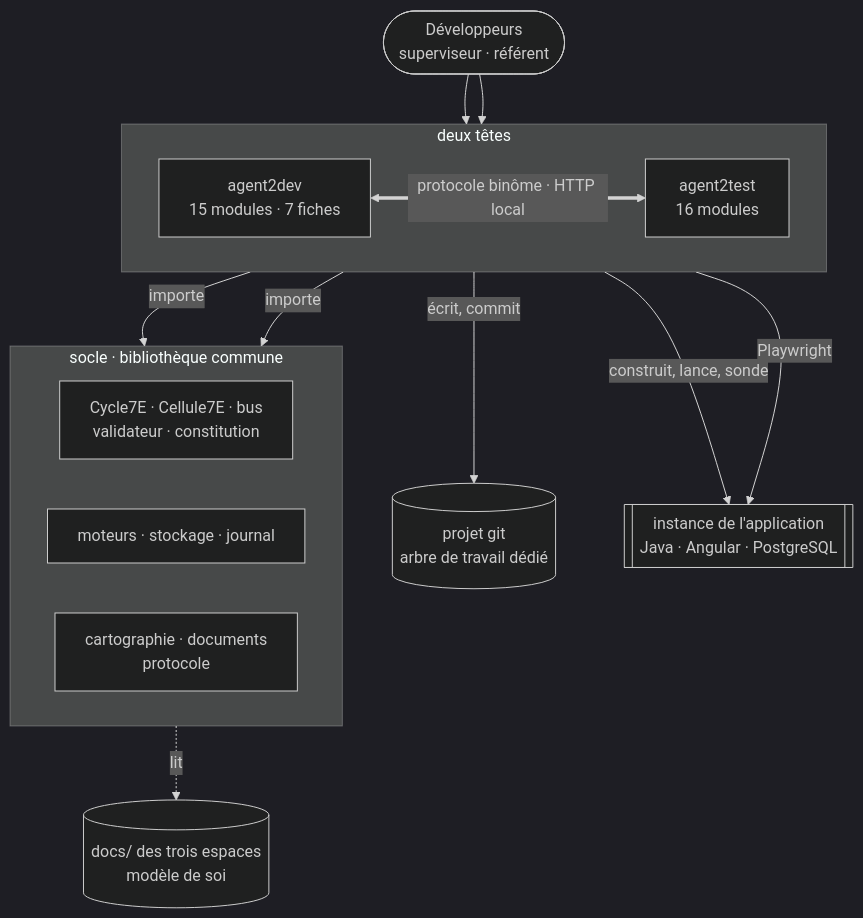
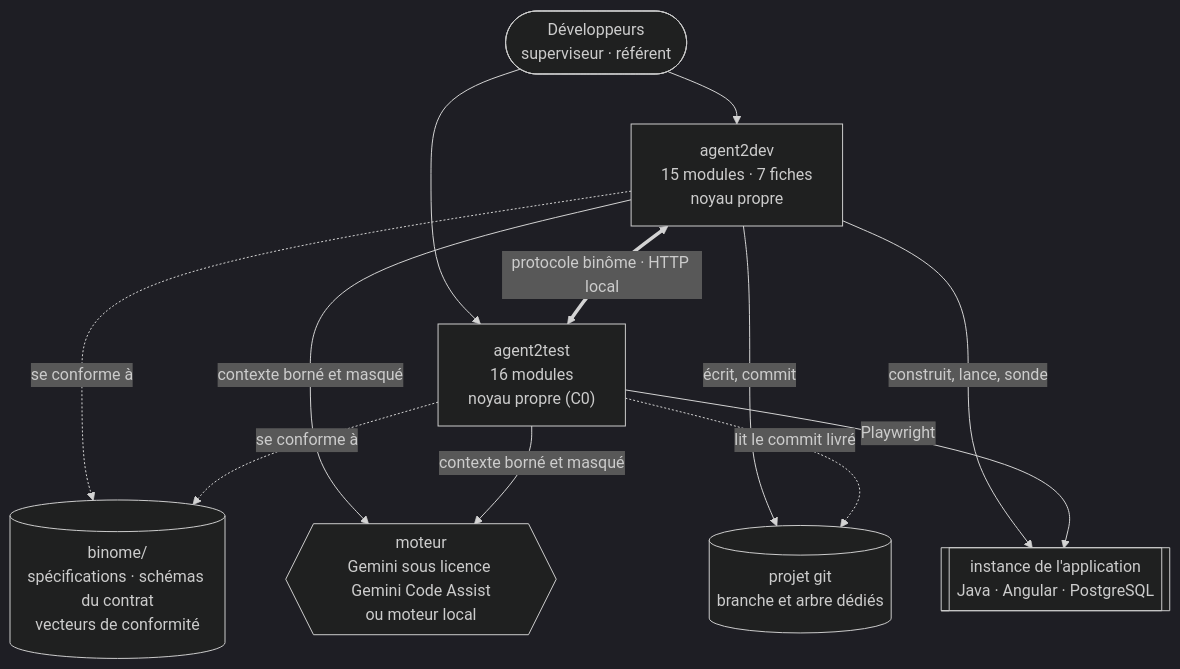
One commit to FredGarcia/Agent2Dev changed the second of 6 diagrams in 01-architectureBinome.md. Above: the diagram before and after it, drawn with Mermaid (dark theme). The commit also changed other lines of this file and 4 other files, not shown here.

````diff
--- a/01-architectureBinome.md
+++ b/01-architectureBinome.md
@@ -115,27 +115,21 @@
 ```mermaid
 flowchart TB
   HUM(["Développeurs<br/>superviseur · référent"])
-  subgraph TETES["deux têtes"]
-    direction LR
-    DEV["agent2dev<br/>15 modules · 7 fiches"]
-    TST["agent2test<br/>16 modules"]
-  end
-  subgraph SOCLE["socle · bibliothèque commune"]
-    direction LR
-    S1["Cycle7E · Cellule7E · bus<br/>validateur · constitution"]
-    S2["moteurs · stockage · journal"]
-    S3["cartographie · documents<br/>protocole"]
-  end
-  DOCS[("docs/ des trois espaces<br/>modèle de soi")]
-  GIT[("projet git<br/>arbre de travail dédié")]
+  DEV["agent2dev<br/>15 modules · 7 fiches<br/>noyau propre"]
+  TST["agent2test<br/>16 modules<br/>noyau propre (C0)"]
+  SPEC[("binome/<br/>spécifications · schémas du contrat<br/>vecteurs de conformité")]
+  GEM{{"moteur<br/>Gemini sous licence Gemini Code Assist<br/>ou moteur local"}}
+  GIT[("projet git<br/>branche et arbre dédiés")]
   APP[["instance de l'application<br/>Java · Angular · PostgreSQL"]]
   HUM --> DEV
   HUM --> TST
   DEV <==>|"protocole binôme · HTTP local"| TST
-  DEV -->|"importe"| SOCLE
-  TST -->|"importe"| SOCLE
-  SOCLE -.->|"lit"| DOCS
+  DEV -.->|"se conforme à"| SPEC
+  TST -.->|"se conforme à"| SPEC
+  DEV -->|"contexte borné et masqué"| GEM
+  TST -->|"contexte borné et masqué"| GEM
   DEV -->|"écrit, commit"| GIT
+  TST -.->|"lit le commit livré"| GIT
   DEV -->|"construit, lance, sonde"| APP
   TST -->|"Playwright"| APP
 ```
````
